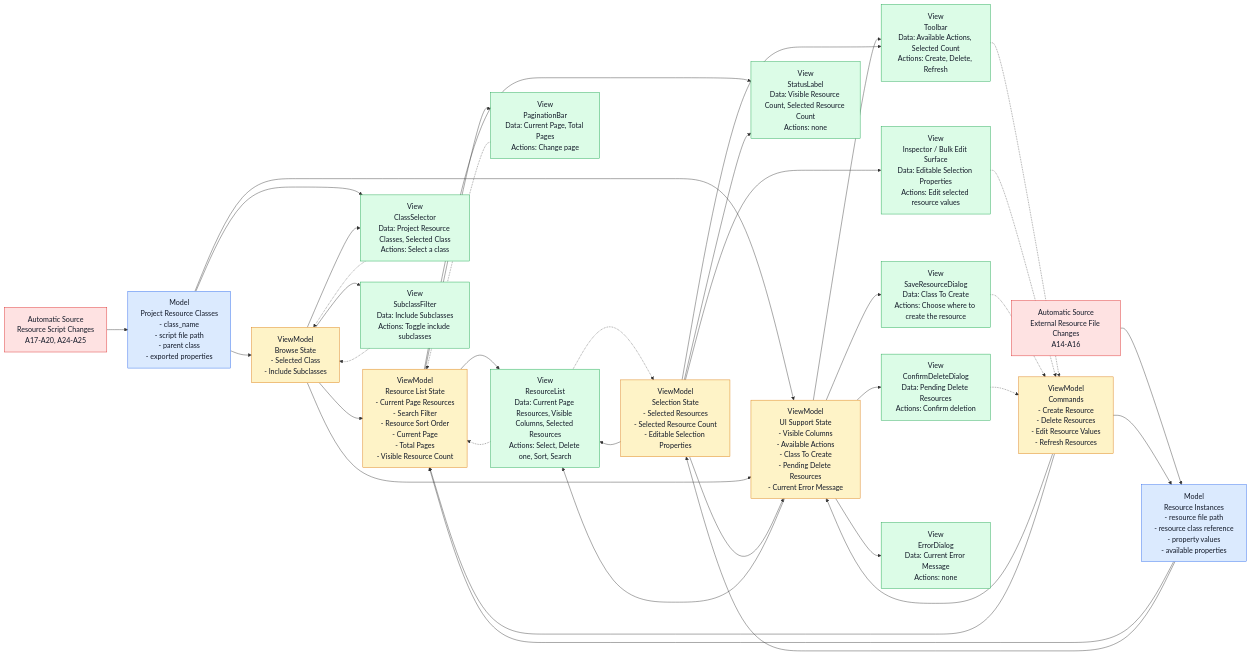
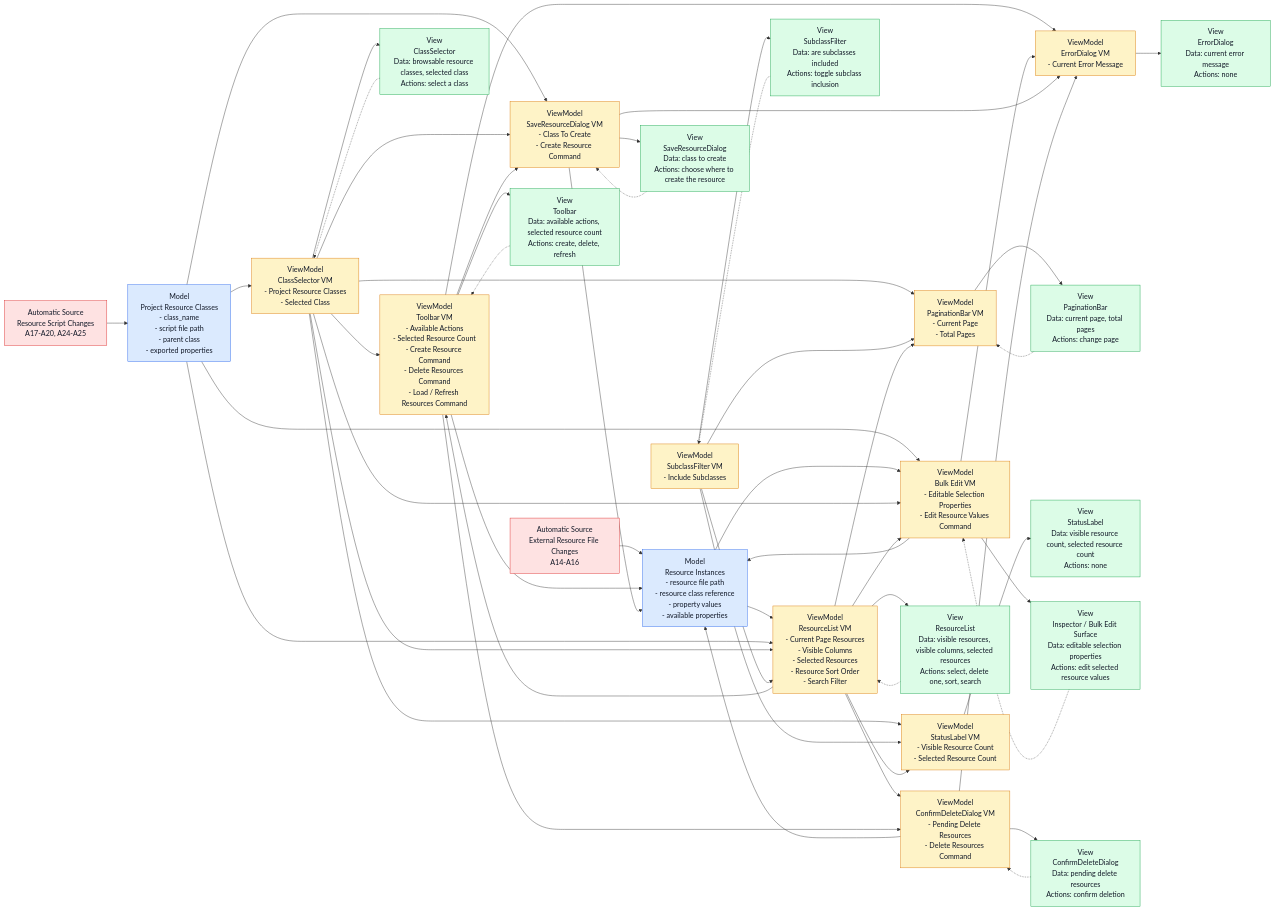
Before and after one commit to diablohumastudioadmin/data-systems-2: the sixth of 6 diagrams in addons/diablohumastudio/visual_resources_editor/docs/ARCHITECTURE.md, drawn with Mermaid. The commit also changed other lines of this file, not shown here.

Commit message:
some changes in design criteria

````diff
--- a/addons/diablohumastudio/visual_resources_editor/docs/ARCHITECTURE.md
+++ b/addons/diablohumastudio/visual_resources_editor/docs/ARCHITECTURE.md
@@ -662,66 +662,89 @@
     M_CLASSES["Model<br/>Project Resource Classes<br/>- class_name<br/>- script file path<br/>- parent class<br/>- exported properties"]
     M_INSTANCES["Model<br/>Resource Instances<br/>- resource file path<br/>- resource class reference<br/>- property values<br/>- available properties"]
 
-    VM_BROWSE["ViewModel<br/>Browse State<br/>- Selected Class<br/>- Include Subclasses"]
-    VM_LIST["ViewModel<br/>Resource List State<br/>- Current Page Resources<br/>- Search Filter<br/>- Resource Sort Order<br/>- Current Page<br/>- Total Pages<br/>- Visible Resource Count"]
-    VM_SELECTION["ViewModel<br/>Selection State<br/>- Selected Resources<br/>- Selected Resource Count<br/>- Editable Selection Properties"]
-    VM_UI["ViewModel<br/>UI Support State<br/>- Visible Columns<br/>- Available Actions<br/>- Class To Create<br/>- Pending Delete Resources<br/>- Current Error Message"]
-    VM_COMMANDS["ViewModel<br/>Commands<br/>- Create Resource<br/>- Delete Resources<br/>- Edit Resource Values<br/>- Refresh Resources"]
+    VM_CLASS["ViewModel<br/>ClassSelector VM<br/>- Project Resource Classes<br/>- Selected Class"]
+    VM_SUB["ViewModel<br/>SubclassFilter VM<br/>- Include Subclasses"]
+    VM_TOOLBAR["ViewModel<br/>Toolbar VM<br/>- Available Actions<br/>- Selected Resource Count<br/>- Create Resource Command<br/>- Delete Resources Command<br/>- Load / Refresh Resources Command"]
+    VM_LIST["ViewModel<br/>ResourceList VM<br/>- Current Page Resources<br/>- Visible Columns<br/>- Selected Resources<br/>- Resource Sort Order<br/>- Search Filter"]
+    VM_PAGE["ViewModel<br/>PaginationBar VM<br/>- Current Page<br/>- Total Pages"]
+    VM_STATUS["ViewModel<br/>StatusLabel VM<br/>- Visible Resource Count<br/>- Selected Resource Count"]
+    VM_BULK["ViewModel<br/>Bulk Edit VM<br/>- Editable Selection Properties<br/>- Edit Resource Values Command"]
+    VM_SAVE["ViewModel<br/>SaveResourceDialog VM<br/>- Class To Create<br/>- Create Resource Command"]
+    VM_DELETE["ViewModel<br/>ConfirmDeleteDialog VM<br/>- Pending Delete Resources<br/>- Delete Resources Command"]
+    VM_ERROR["ViewModel<br/>ErrorDialog VM<br/>- Current Error Message"]
 
-    V_CLASS["View<br/>ClassSelector<br/>Data: Project Resource Classes, Selected Class<br/>Actions: Select a class"]
-    V_SUB["View<br/>SubclassFilter<br/>Data: Include Subclasses<br/>Actions: Toggle include subclasses"]
-    V_TOOLBAR["View<br/>Toolbar<br/>Data: Available Actions, Selected Count<br/>Actions: Create, Delete, Refresh"]
-    V_LIST["View<br/>ResourceList<br/>Data: Current Page Resources, Visible Columns, Selected Resources<br/>Actions: Select, Delete one, Sort, Search"]
-    V_PAGE["View<br/>PaginationBar<br/>Data: Current Page, Total Pages<br/>Actions: Change page"]
-    V_STATUS["View<br/>StatusLabel<br/>Data: Visible Resource Count, Selected Resource Count<br/>Actions: none"]
-    V_BULK["View<br/>Inspector / Bulk Edit Surface<br/>Data: Editable Selection Properties<br/>Actions: Edit selected resource values"]
-    V_SAVE["View<br/>SaveResourceDialog<br/>Data: Class To Create<br/>Actions: Choose where to create the resource"]
-    V_DELETE["View<br/>ConfirmDeleteDialog<br/>Data: Pending Delete Resources<br/>Actions: Confirm deletion"]
-    V_ERROR["View<br/>ErrorDialog<br/>Data: Current Error Message<br/>Actions: none"]
+    V_CLASS["View<br/>ClassSelector<br/>Data: browsable resource classes, selected class<br/>Actions: select a class"]
+    V_SUB["View<br/>SubclassFilter<br/>Data: are subclasses included<br/>Actions: toggle subclass inclusion"]
+    V_TOOLBAR["View<br/>Toolbar<br/>Data: available actions, selected resource count<br/>Actions: create, delete, refresh"]
+    V_LIST["View<br/>ResourceList<br/>Data: visible resources, visible columns, selected resources<br/>Actions: select, delete one, sort, search"]
+    V_PAGE["View<br/>PaginationBar<br/>Data: current page, total pages<br/>Actions: change page"]
+    V_STATUS["View<br/>StatusLabel<br/>Data: visible resource count, selected resource count<br/>Actions: none"]
+    V_BULK["View<br/>Inspector / Bulk Edit Surface<br/>Data: editable selection properties<br/>Actions: edit selected resource values"]
+    V_SAVE["View<br/>SaveResourceDialog<br/>Data: class to create<br/>Actions: choose where to create the resource"]
+    V_DELETE["View<br/>ConfirmDeleteDialog<br/>Data: pending delete resources<br/>Actions: confirm deletion"]
+    V_ERROR["View<br/>ErrorDialog<br/>Data: current error message<br/>Actions: none"]
 
     class AUTO_SCRIPTS,AUTO_FILES auto
     class M_CLASSES,M_INSTANCES model
-    class VM_BROWSE,VM_LIST,VM_SELECTION,VM_UI,VM_COMMANDS vm
+    class VM_CLASS,VM_SUB,VM_TOOLBAR,VM_LIST,VM_PAGE,VM_STATUS,VM_BULK,VM_SAVE,VM_DELETE,VM_ERROR vm
     class V_CLASS,V_SUB,V_TOOLBAR,V_LIST,V_PAGE,V_STATUS,V_BULK,V_SAVE,V_DELETE,V_ERROR view
 
     AUTO_SCRIPTS --> M_CLASSES
     AUTO_FILES --> M_INSTANCES
 
-    M_CLASSES --> VM_BROWSE
-    M_CLASSES --> VM_UI
+    M_CLASSES --> VM_CLASS
     M_INSTANCES --> VM_LIST
-    M_INSTANCES --> VM_SELECTION
-    VM_BROWSE --> VM_LIST
-    VM_BROWSE --> VM_UI
-    VM_SELECTION --> VM_UI
+    M_CLASSES --> VM_LIST
+    M_CLASSES --> VM_BULK
+    M_CLASSES --> VM_SAVE
+    M_INSTANCES --> VM_BULK
 
-    M_CLASSES --> V_CLASS
-    VM_BROWSE --> V_CLASS
-    VM_BROWSE --> V_SUB
-    VM_UI --> V_TOOLBAR
-    VM_SELECTION --> V_TOOLBAR
+    VM_CLASS --> VM_TOOLBAR
+    VM_CLASS --> VM_LIST
+    VM_CLASS --> VM_PAGE
+    VM_CLASS --> VM_STATUS
+    VM_CLASS --> VM_BULK
+    VM_CLASS --> VM_SAVE
+
+    VM_SUB --> VM_LIST
+    VM_SUB --> VM_PAGE
+    VM_SUB --> VM_STATUS
+
+    VM_LIST --> VM_TOOLBAR
+    VM_LIST --> VM_PAGE
+    VM_LIST --> VM_STATUS
+    VM_LIST --> VM_BULK
+    VM_LIST --> VM_DELETE
+
+    VM_TOOLBAR --> VM_SAVE
+    VM_TOOLBAR --> VM_DELETE
+    VM_TOOLBAR --> VM_ERROR
+    VM_BULK --> VM_ERROR
+    VM_SAVE --> VM_ERROR
+    VM_DELETE --> VM_ERROR
+
+    VM_CLASS --> V_CLASS
+    VM_SUB --> V_SUB
+    VM_TOOLBAR --> V_TOOLBAR
     VM_LIST --> V_LIST
-    VM_UI --> V_LIST
-    VM_SELECTION --> V_LIST
-    VM_LIST --> V_PAGE
-    VM_LIST --> V_STATUS
-    VM_SELECTION --> V_STATUS
-    VM_SELECTION --> V_BULK
-    VM_UI --> V_SAVE
-    VM_UI --> V_DELETE
-    VM_UI --> V_ERROR
+    VM_PAGE --> V_PAGE
+    VM_STATUS --> V_STATUS
+    VM_BULK --> V_BULK
+    VM_SAVE --> V_SAVE
+    VM_DELETE --> V_DELETE
+    VM_ERROR --> V_ERROR
 
-    V_CLASS -.-> VM_BROWSE
-    V_SUB -.-> VM_BROWSE
-    V_TOOLBAR -.-> VM_COMMANDS
-    V_LIST -.-> VM_SELECTION
+    V_CLASS -.-> VM_CLASS
+    V_SUB -.-> VM_SUB
+    V_TOOLBAR -.-> VM_TOOLBAR
     V_LIST -.-> VM_LIST
-    V_PAGE -.-> VM_LIST
-    V_BULK -.-> VM_COMMANDS
-    V_SAVE -.-> VM_COMMANDS
-    V_DELETE -.-> VM_COMMANDS
+    V_PAGE -.-> VM_PAGE
+    V_BULK -.-> VM_BULK
+    V_SAVE -.-> VM_SAVE
+    V_DELETE -.-> VM_DELETE
 
-    VM_COMMANDS --> M_INSTANCES
-    VM_COMMANDS --> VM_UI
-    VM_COMMANDS --> VM_LIST
+    VM_TOOLBAR --> M_INSTANCES
+    VM_BULK --> M_INSTANCES
+    VM_SAVE --> M_INSTANCES
+    VM_DELETE --> M_INSTANCES
 ```
````
